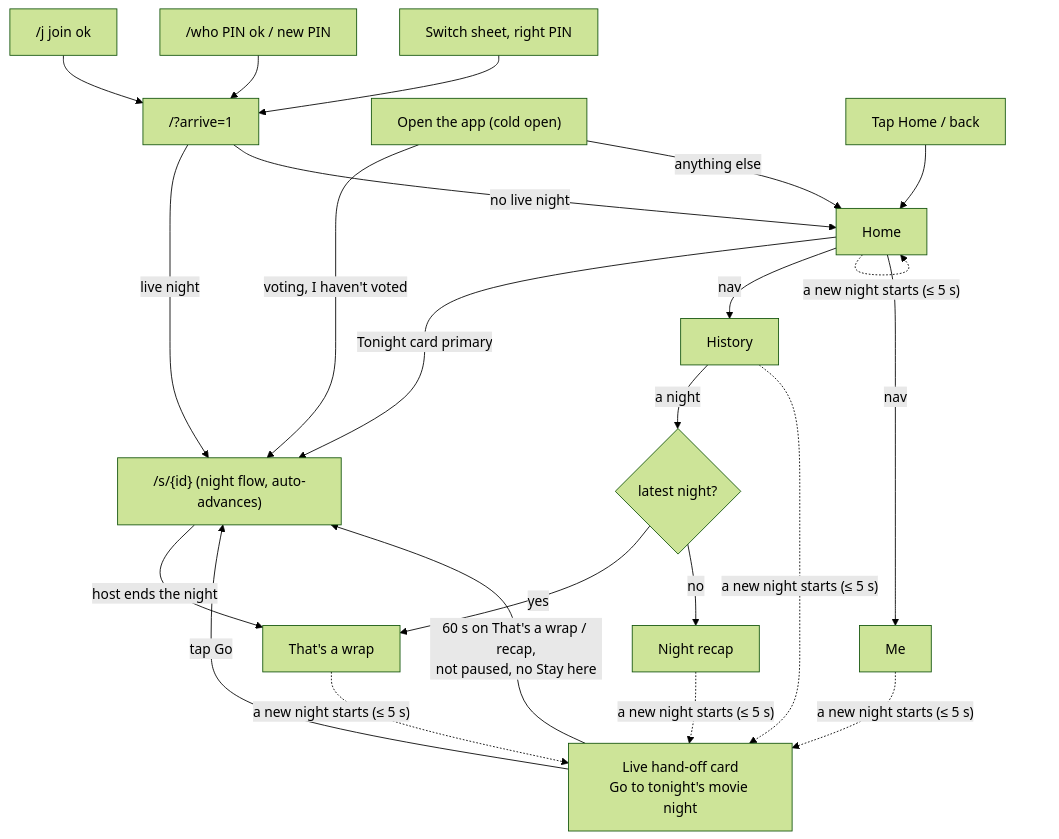
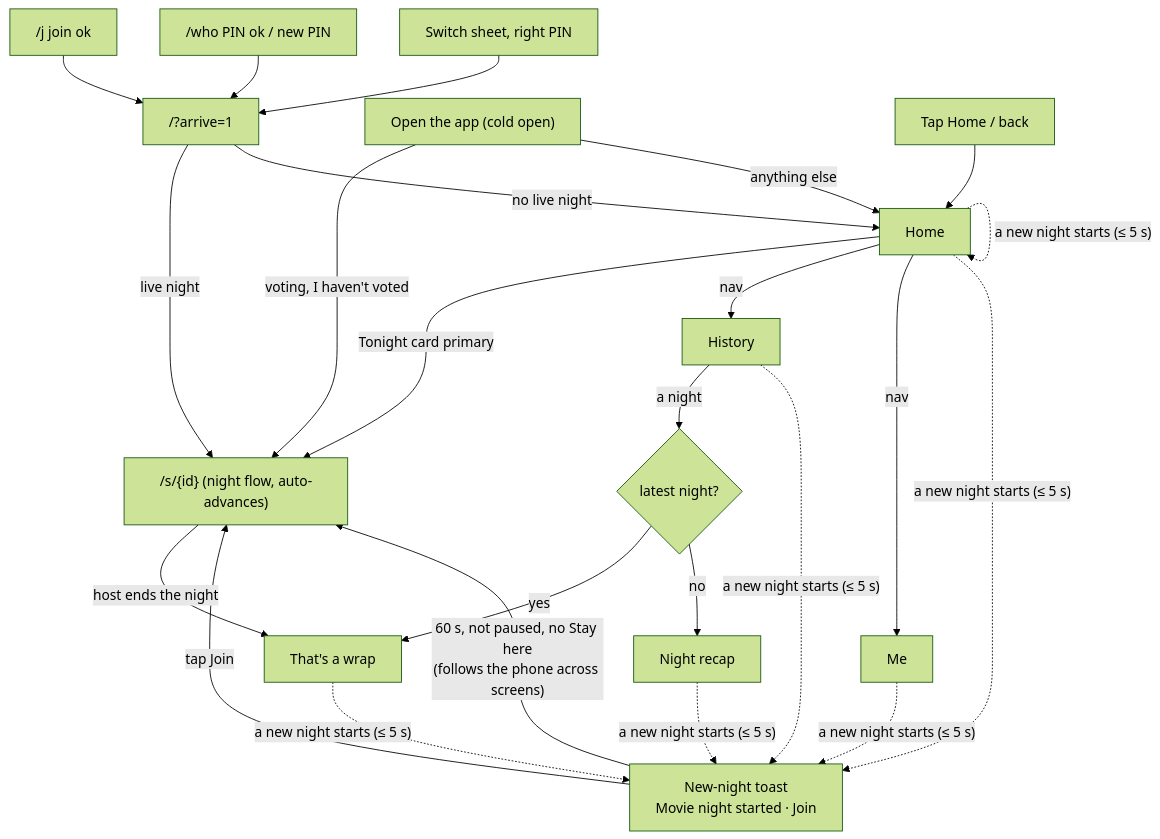
Before and after one commit to one-repo-to-rule-them-all/FamilyNightHub: the diagram in docs/architecture/proposals/guest-home.md, drawn with Mermaid (forest theme). The commit also changed other lines of this file and 17 other files, not shown here.

First line of the commit message:
feat(guest-home): new-night hand-off becomes a persistent toast (#70)

````diff
--- a/docs/architecture/proposals/guest-home.md
+++ b/docs/architecture/proposals/guest-home.md
@@ -147,21 +150,21 @@
 ```mermaid
 flowchart TD
   J["/j join ok"] --> AR["/?arrive=1"]
   W["/who PIN ok / new PIN"] --> AR
   SW["Switch sheet, right PIN"] --> AR
   AR -- "live night" --> S["/s/{id} (night flow, auto-advances)"]
   AR -- "no live night" --> H["Home"]
   COLD["Open the app (cold open)"] -- "voting, I haven't voted" --> S
   COLD -- "anything else" --> H
   TAP["Tap Home / back"] --> H
   H -- "Tonight card primary" --> S
   H -- "nav" --> HI["History"] & ME["Me"]
   HI -- "a night" --> PAST{"latest night?"}
   PAST -- yes --> WRAP["That's a wrap"]
   PAST -- no --> REC["Night recap"]
   S -- "host ends the night" --> WRAP
-  WRAP & REC & HI & ME -. "a new night starts (≤ 5 s)" .-> HAND["Live hand-off card<br/>Go to tonight's movie night"]
-  HAND -- "tap Go" --> S
-  HAND -- "60 s on That's a wrap / recap,<br/>not paused, no Stay here" --> S
+  H & WRAP & REC & HI & ME -. "a new night starts (≤ 5 s)" .-> TOAST["New-night toast<br/>Movie night started · Join"]
+  TOAST -- "tap Join" --> S
+  TOAST -- "60 s, not paused, no Stay here<br/>(follows the phone across screens)" --> S
   H -. "a new night starts (≤ 5 s)" .-> H
 ```
````
